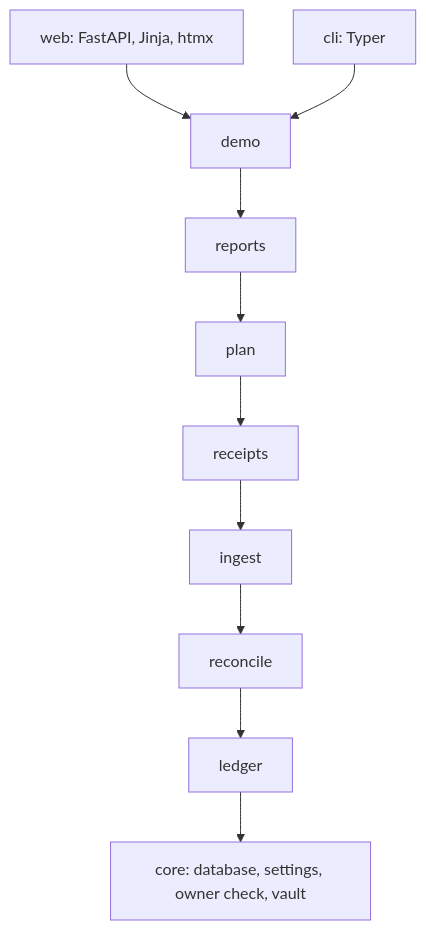
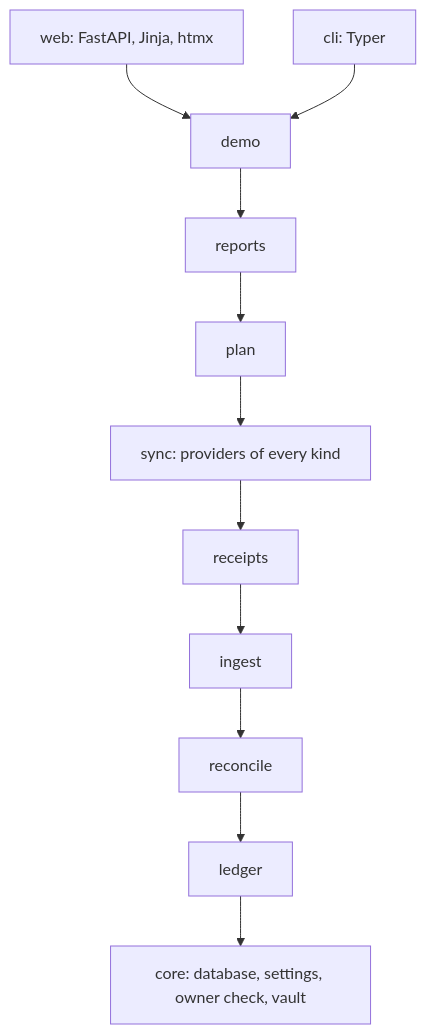
One commit to spinningyoyo/omsync changed the second of 3 diagrams in docs/architecture/system.md. Above: the diagram before and after it, drawn with Mermaid. The commit also changed other lines of this file and 78 other files, not shown here.

````diff
--- a/docs/architecture/system.md
+++ b/docs/architecture/system.md
@@ -32,12 +33,13 @@
 ```mermaid
 flowchart TD
     Web[web: FastAPI, Jinja, htmx] --> Demo
     CLI[cli: Typer] --> Demo
     Demo[demo] --> Reports[reports]
     Reports --> Plan[plan]
-    Plan --> Receipts[receipts]
+    Plan --> Sync[sync: providers of every kind]
+    Sync --> Receipts[receipts]
     Receipts --> Ingest[ingest]
     Ingest --> Reconcile[reconcile]
     Reconcile --> Ledger[ledger]
     Ledger --> Core[core: database, settings, owner check, vault]
 ```
````
